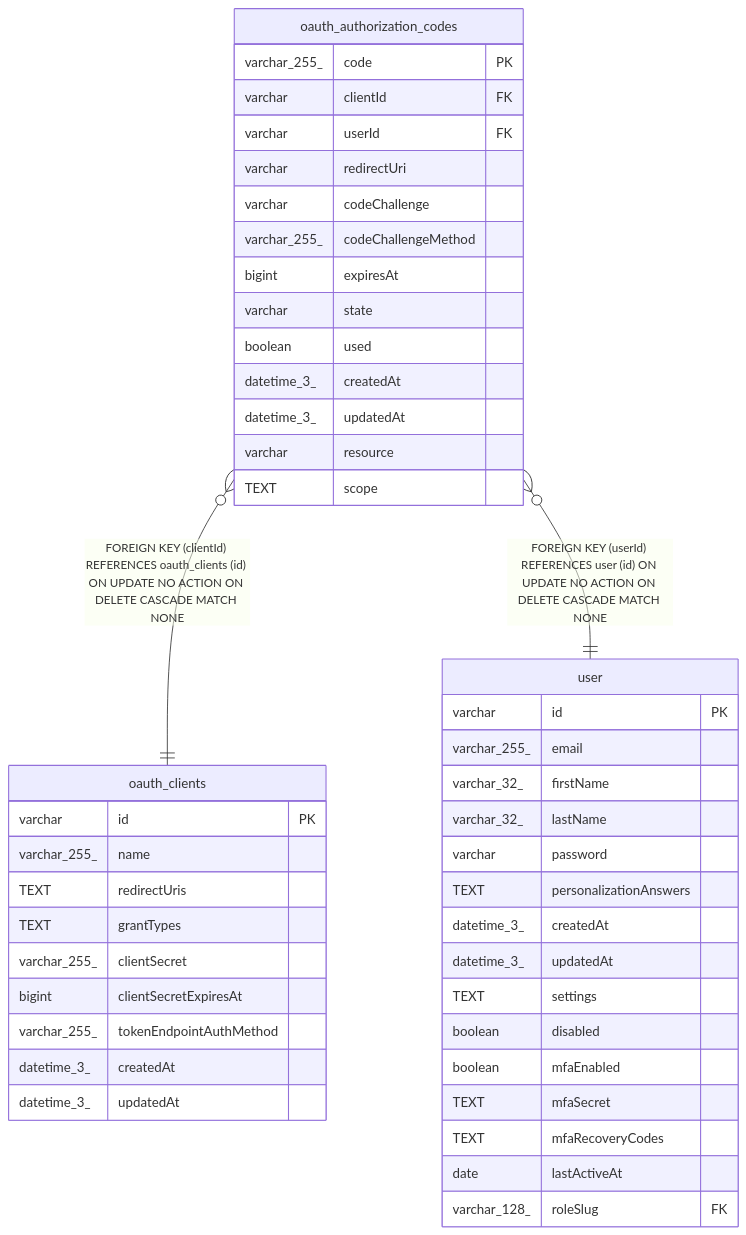
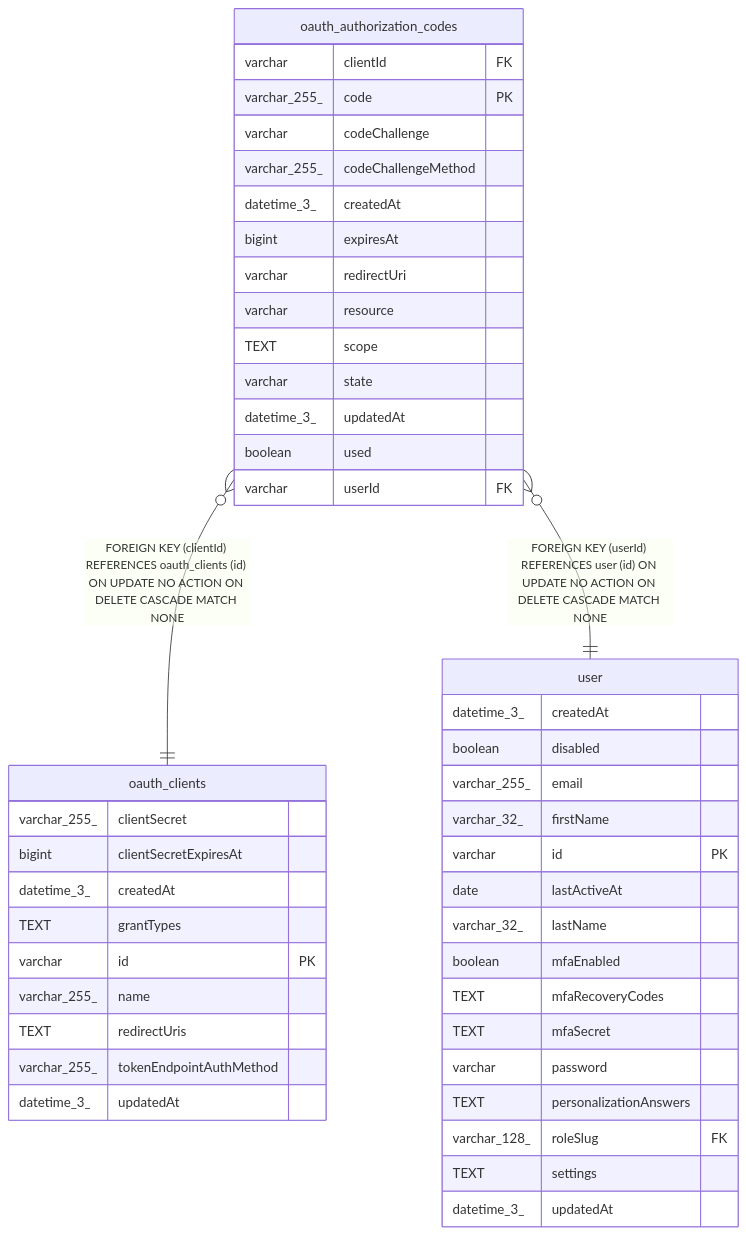
Before and after one commit to mayankjain1815-commits/n8n: the diagram in docs/generated/sqlite-schema/oauth_authorization_codes.md, drawn with Mermaid. The commit also changed other lines of this file and 221 other files, not shown here.

Commit message:
chore(core): Make DB schema docs generation deterministic (#32373)

````diff
--- a/docs/generated/sqlite-schema/oauth_authorization_codes.md
+++ b/docs/generated/sqlite-schema/oauth_authorization_codes.md
@@ -49,50 +49,50 @@
 ```mermaid
 erDiagram
 
 "oauth_authorization_codes" }o--|| "oauth_clients" : "FOREIGN KEY (clientId) REFERENCES oauth_clients (id) ON UPDATE NO ACTION ON DELETE CASCADE MATCH NONE"
 "oauth_authorization_codes" }o--|| "user" : "FOREIGN KEY (userId) REFERENCES user (id) ON UPDATE NO ACTION ON DELETE CASCADE MATCH NONE"
 
 "oauth_authorization_codes" {
+  varchar clientId FK
   varchar_255_ code PK
-  varchar clientId FK
-  varchar userId FK
-  varchar redirectUri
   varchar codeChallenge
   varchar_255_ codeChallengeMethod
+  datetime_3_ createdAt
   bigint expiresAt
-  varchar state
-  boolean used
-  datetime_3_ createdAt
-  datetime_3_ updatedAt
+  varchar redirectUri
   varchar resource
   TEXT scope
+  varchar state
+  datetime_3_ updatedAt
+  boolean used
+  varchar userId FK
 }
 "oauth_clients" {
+  varchar_255_ clientSecret
+  bigint clientSecretExpiresAt
+  datetime_3_ createdAt
+  TEXT grantTypes
   varchar id PK
   varchar_255_ name
   TEXT redirectUris
-  TEXT grantTypes
-  varchar_255_ clientSecret
-  bigint clientSecretExpiresAt
   varchar_255_ tokenEndpointAuthMethod
-  datetime_3_ createdAt
   datetime_3_ updatedAt
 }
 "user" {
-  varchar id PK
+  datetime_3_ createdAt
+  boolean disabled
   varchar_255_ email
   varchar_32_ firstName
+  varchar id PK
+  date lastActiveAt
   varchar_32_ lastName
+  boolean mfaEnabled
+  TEXT mfaRecoveryCodes
+  TEXT mfaSecret
   varchar password
   TEXT personalizationAnswers
-  datetime_3_ createdAt
+  varchar_128_ roleSlug FK
+  TEXT settings
   datetime_3_ updatedAt
-  TEXT settings
-  boolean disabled
-  boolean mfaEnabled
-  TEXT mfaSecret
-  TEXT mfaRecoveryCodes
-  date lastActiveAt
-  varchar_128_ roleSlug FK
 }
 ```
````
